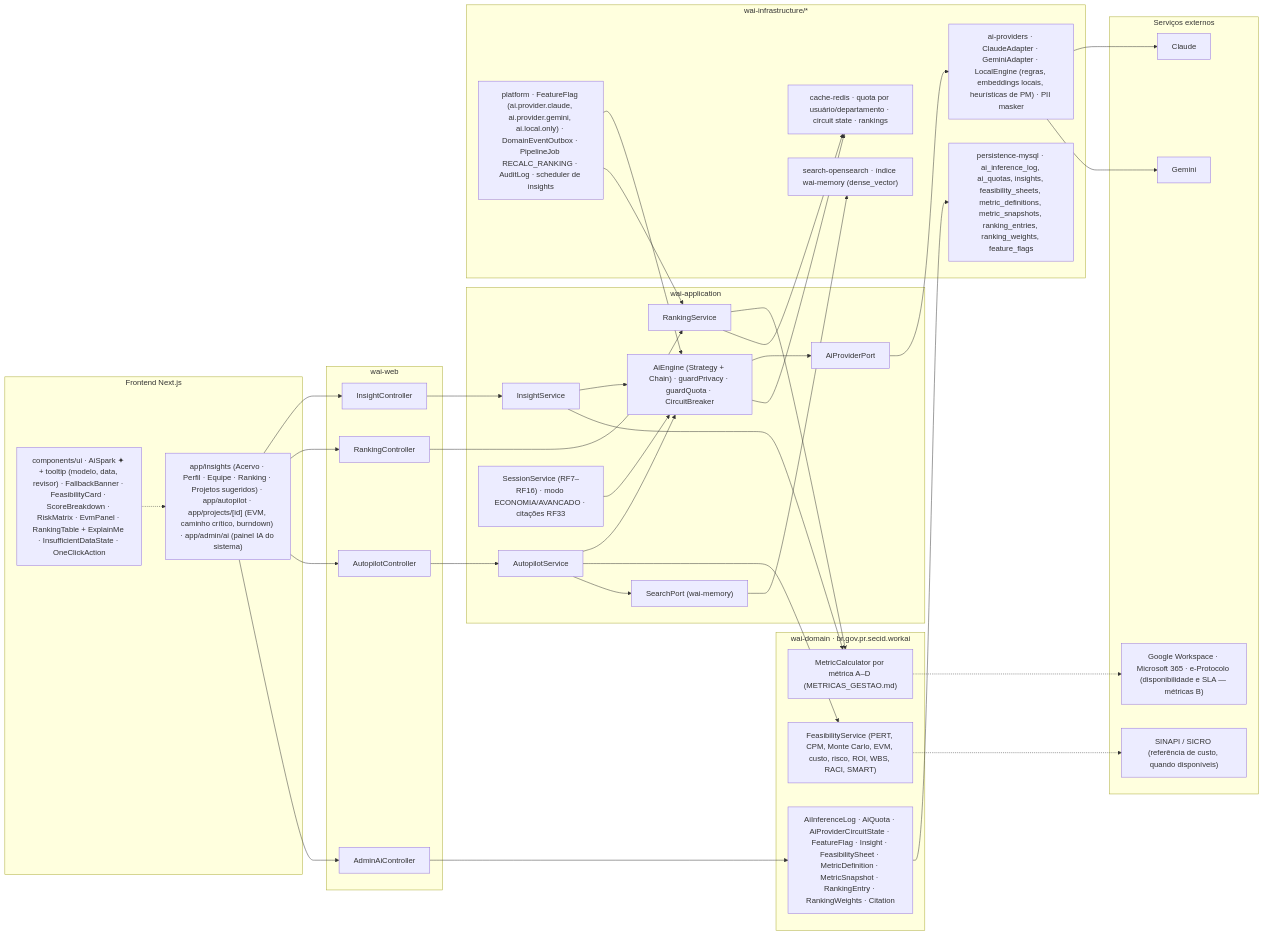
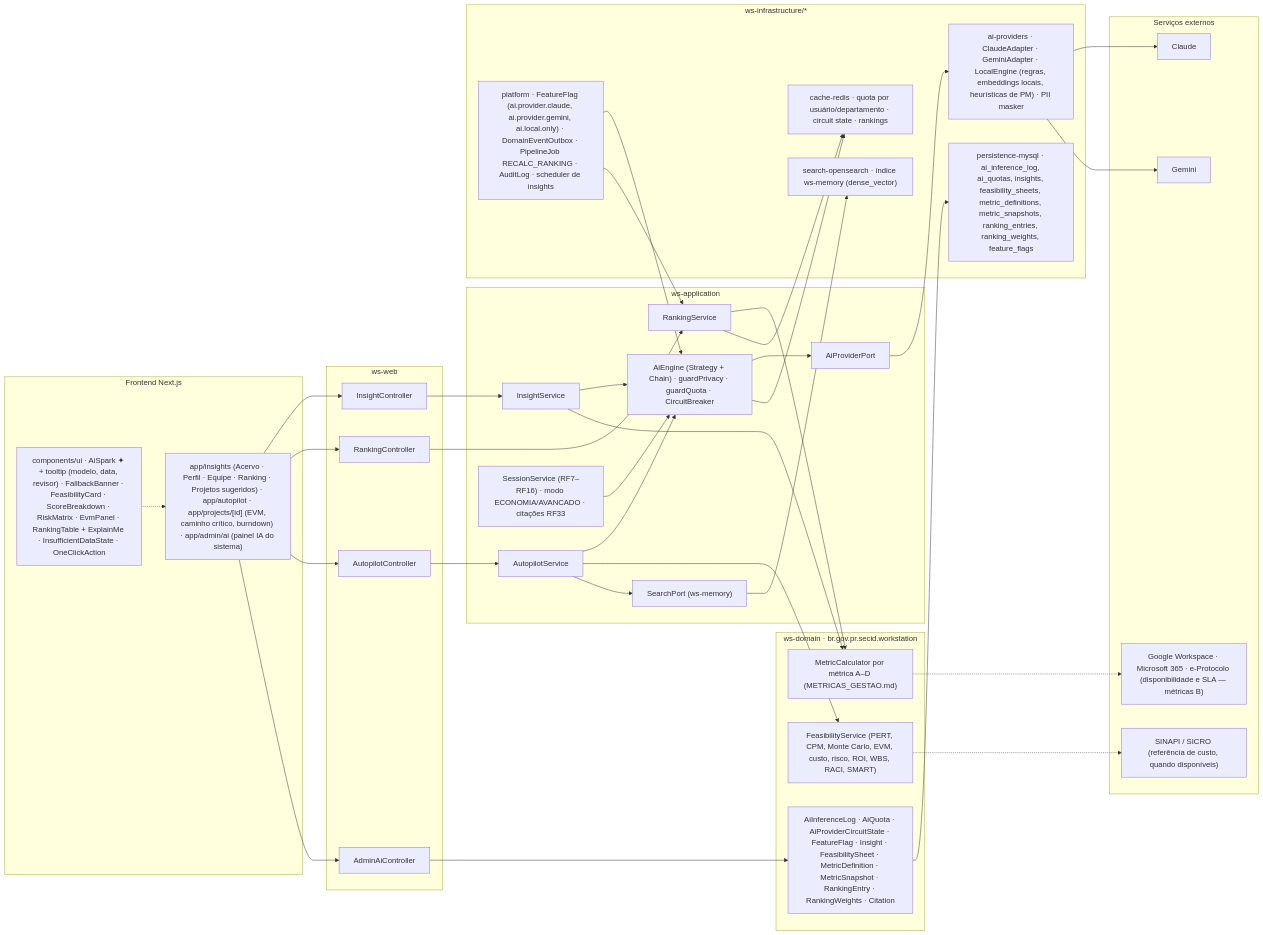
Before and after one commit to MatheusHaliski/Decia-app-2026: the fifth of 5 diagrams in docs/diagramas/RF43/README.md, drawn with Mermaid. The commit also changed other lines of this file and 65 other files, not shown here.

First line of the commit message:
docs: renomeia o produto para Work Station (módulos ws-*), UserPreferences no diagrama v1, RF44/RF45 ajustados, design system (tokens, components.css, 66 ícones, 112 anatomias SVG, galeria e capturas) e dúvidas Q-36..Q-43

````diff
--- a/docs/diagramas/RF43/README.md
+++ b/docs/diagramas/RF43/README.md
@@ -636,74 +636,74 @@
 ```mermaid
 flowchart LR
   subgraph FE["Frontend Next.js"]
     FE1["app/insights (Acervo · Perfil · Equipe · Ranking · Projetos sugeridos) · app/autopilot · app/projects/[id] (EVM, caminho crítico, burndown) · app/admin/ai (painel IA do sistema)"]
     FE2["components/ui · AiSpark ✦ + tooltip (modelo, data, revisor) · FallbackBanner · FeasibilityCard · ScoreBreakdown · RiskMatrix · EvmPanel · RankingTable + ExplainMe · InsufficientDataState · OneClickAction"]
   end
 
-  subgraph WEB["wai-web"]
+  subgraph WEB["ws-web"]
     C1["InsightController"]
     C2["RankingController"]
     C3["AutopilotController"]
     C4["AdminAiController"]
   end
 
-  subgraph APP["wai-application"]
+  subgraph APP["ws-application"]
     S1["AiEngine (Strategy + Chain) · guardPrivacy · guardQuota · CircuitBreaker"]
     S2["InsightService"]
     S3["RankingService"]
     S4["AutopilotService"]
     S5["SessionService (RF7–RF16) · modo ECONOMIA/AVANCADO · citações RF33"]
     P1["AiProviderPort"]
-    P2["SearchPort (wai-memory)"]
+    P2["SearchPort (ws-memory)"]
   end
 
-  subgraph DOM["wai-domain · br.gov.pr.secid.workai"]
+  subgraph DOM["ws-domain · br.gov.pr.secid.workstation"]
     D1["FeasibilityService (PERT, CPM, Monte Carlo, EVM, custo, risco, ROI, WBS, RACI, SMART)"]
     D2["MetricCalculator por métrica A–D (METRICAS_GESTAO.md)"]
     D3["AiInferenceLog · AiQuota · AiProviderCircuitState · FeatureFlag · Insight · FeasibilitySheet · MetricDefinition · MetricSnapshot · RankingEntry · RankingWeights · Citation"]
   end
 
-  subgraph INFRA["wai-infrastructure/*"]
+  subgraph INFRA["ws-infrastructure/*"]
     I1["ai-providers · ClaudeAdapter · GeminiAdapter · LocalEngine (regras, embeddings locais, heurísticas de PM) · PII masker"]
     I2["cache-redis · quota por usuário/departamento · circuit state · rankings"]
     I3["persistence-mysql · ai_inference_log, ai_quotas, insights, feasibility_sheets, metric_definitions, metric_snapshots, ranking_entries, ranking_weights, feature_flags"]
-    I4["search-opensearch · índice wai-memory (dense_vector)"]
+    I4["search-opensearch · índice ws-memory (dense_vector)"]
     I5["platform · FeatureFlag (ai.provider.claude, ai.provider.gemini, ai.local.only) · DomainEventOutbox · PipelineJob RECALC_RANKING · AuditLog · scheduler de insights"]
   end
 
   subgraph EXT["Serviços externos"]
     X1["Claude"]
     X2["Gemini"]
     X3["Google Workspace · Microsoft 365 · e-Protocolo (disponibilidade e SLA — métricas B)"]
     X4["SINAPI / SICRO (referência de custo, quando disponíveis)"]
   end
 
   FE1 --> C1
   FE1 --> C2
   FE1 --> C3
   FE1 --> C4
   FE2 -.-> FE1
   C1 --> S2
   C2 --> S3
   C3 --> S4
   C4 --> D3
   S2 --> S1
   S3 --> D2
   S4 --> S1
   S4 --> D1
   S5 --> S1
   S2 --> D2
   S1 --> P1
   S4 --> P2
   P1 --> I1
   I1 --> X1
   I1 --> X2
   S1 --> I2
   S3 --> I2
   D3 --> I3
   P2 --> I4
   I5 --> S1
   I5 --> S3
   D2 -.-> X3
   D1 -.-> X4
 ```
````
